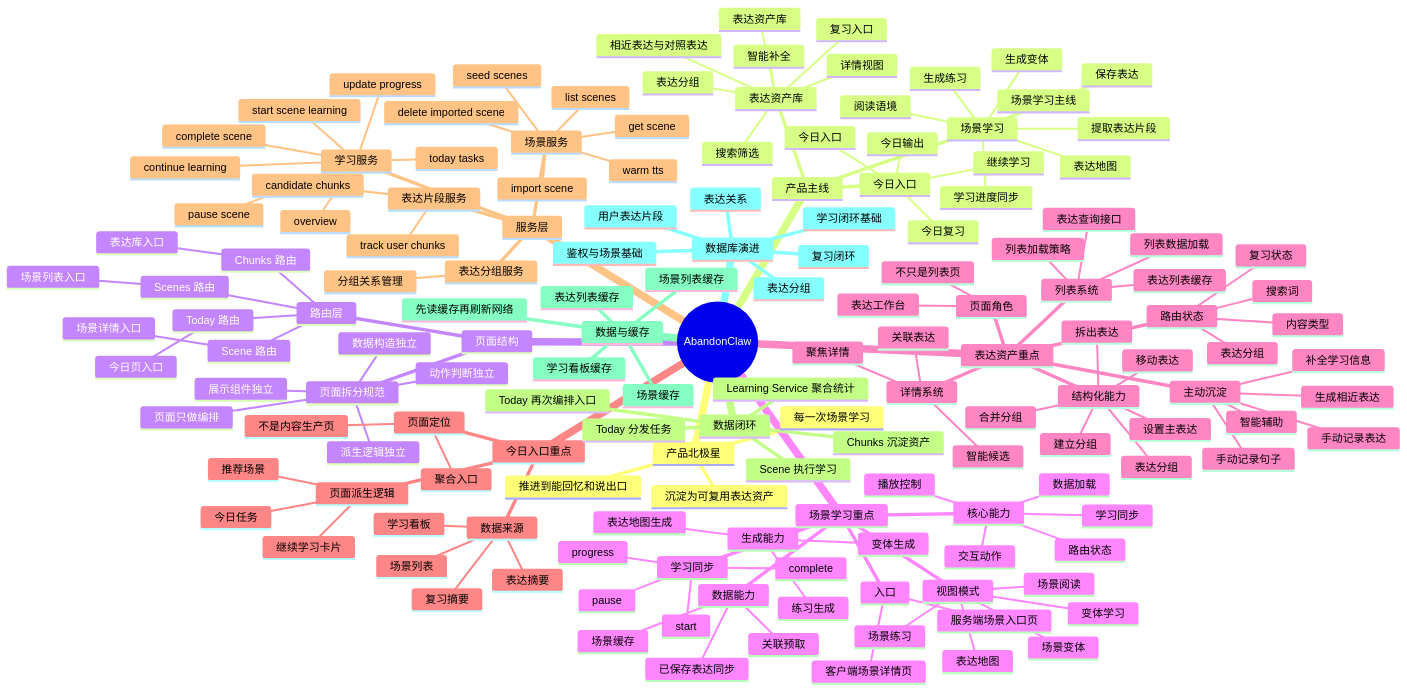
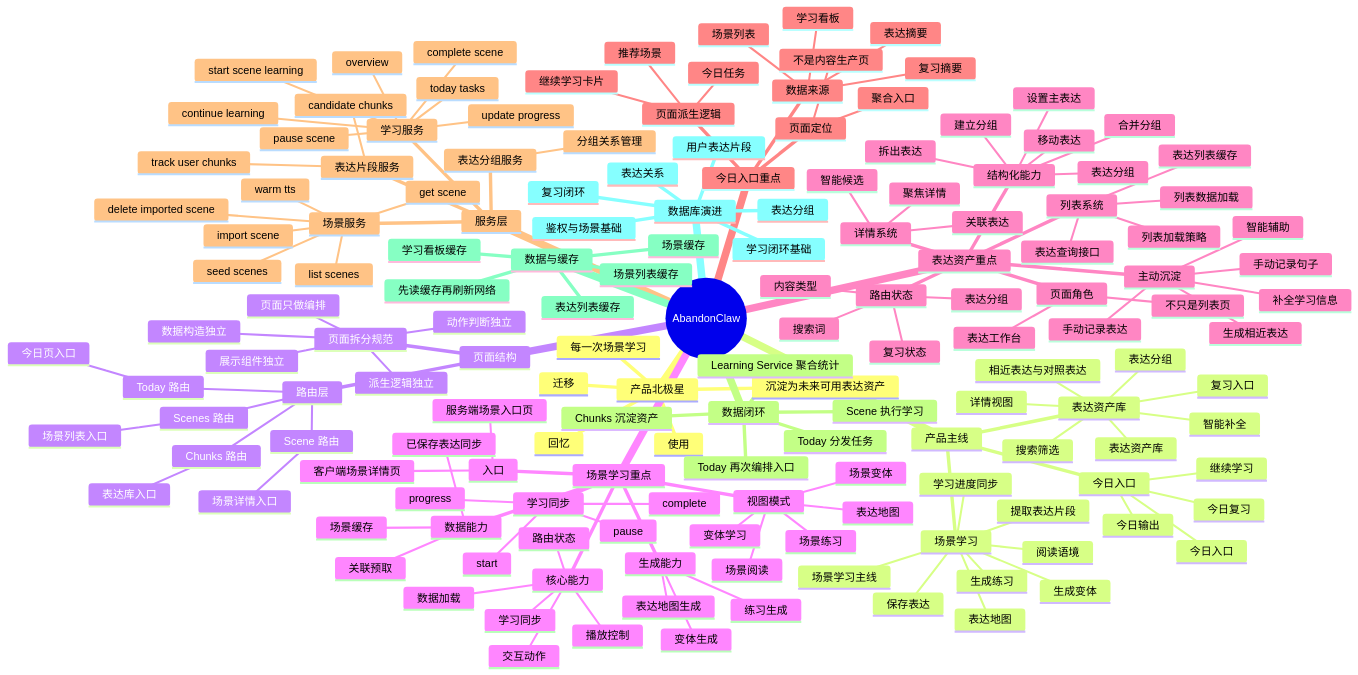
The diagram in docs/meta/project-mindmap.md (xyqbspy/AbandonClaw), drawn with Mermaid before and after one commit. The commit also changed 38 other files, not shown here.

```diff
--- a/docs/meta/project-mindmap.md
+++ b/docs/meta/project-mindmap.md
@@ -7,8 +7,10 @@
   root((AbandonClaw))
     产品北极星
       每一次场景学习
-      沉淀为可复用表达资产
-      推进到能回忆和说出口
+      沉淀为未来可用表达资产
+      回忆
+      使用
+      迁移
     产品主线
       今日入口
         今日入口
```
